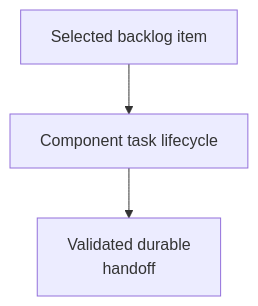
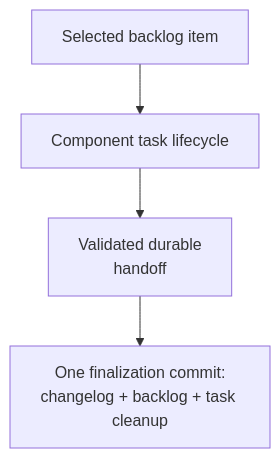
One commit to abstract-business-systems/as-is changed the diagram in skills/implementing-component-tasks/as-is.md. Above: the diagram before and after it, drawn with Mermaid. The commit also changed other lines of this file and 9 other files, not shown here.

````diff
--- a/skills/implementing-component-tasks/as-is.md
+++ b/skills/implementing-component-tasks/as-is.md
@@ -18,5 +18,6 @@
 ```mermaid
 flowchart TD
     A["Selected backlog item"] --> B["Component task lifecycle"]
     B --> C["Validated durable<br/>handoff"]
+    C --> D["One finalization commit:<br/>changelog + backlog + task cleanup"]
 ```
````
